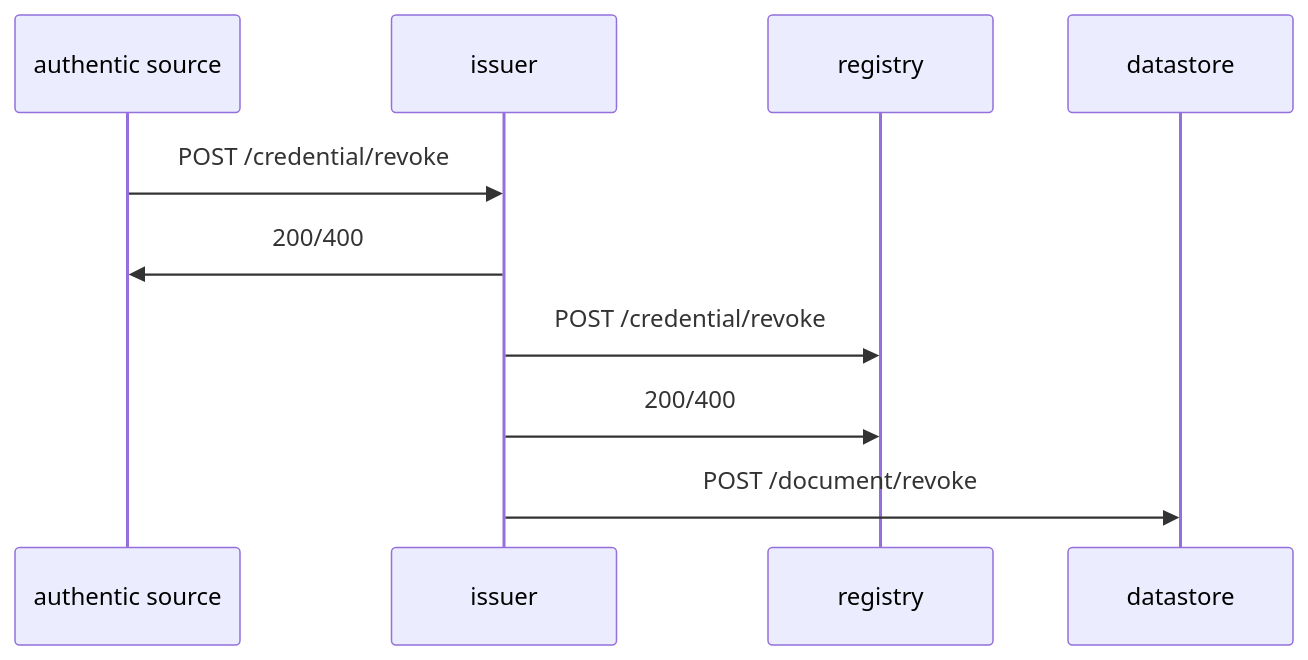
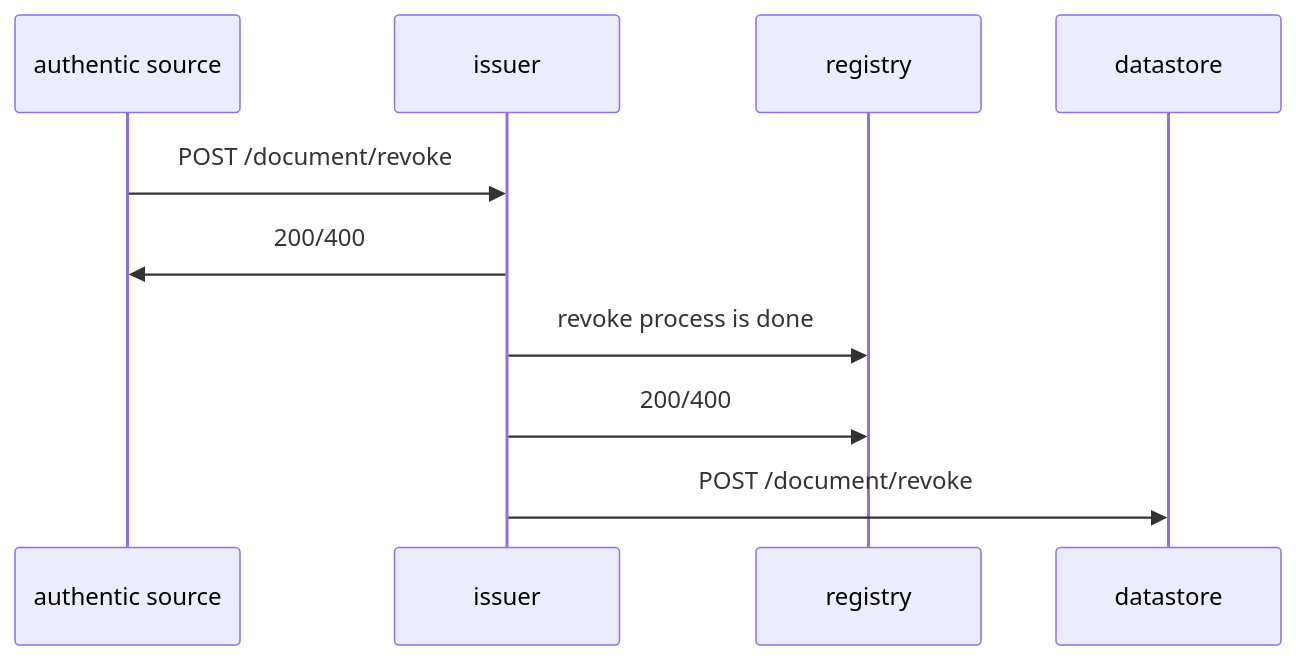
Before and after one commit to dc4eu/vc: diagram 12 of 12 in standards/apiv29.md, drawn with Mermaid. The commit also changed other lines of this file, not shown here.

````diff
--- a/standards/apiv29.md
+++ b/standards/apiv29.md
@@ -472,8 +476,8 @@
 ```mermaid
     sequenceDiagram;
-    authentic source->>issuer: POST /credential/revoke;
+    authentic source->>issuer: POST /document/revoke;
     issuer->>authentic source: 200/400;
-    issuer->>registry: POST /credential/revoke;
+    issuer->>registry: revoke process is done;
     issuer->>registry: 200/400;
     issuer->>datastore: POST /document/revoke
 ```
````
